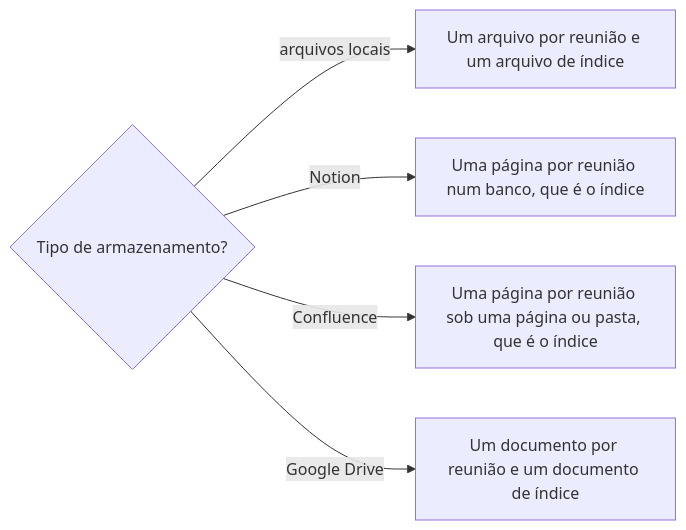
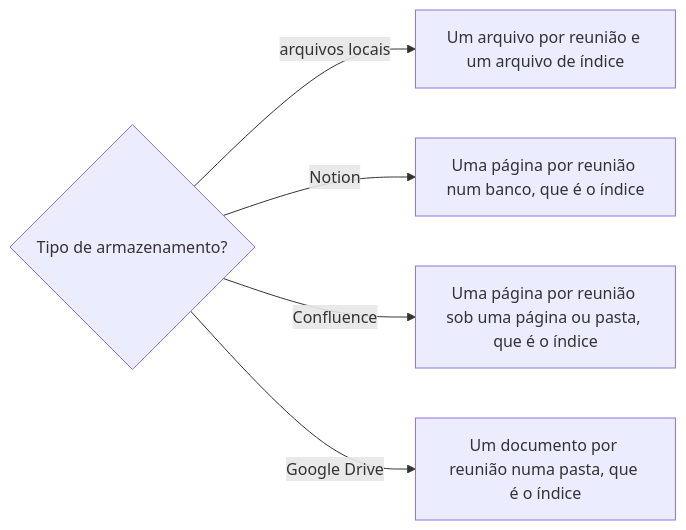
Before and after one commit to jimmyandrade/harness: the first of 2 diagrams in .agents/skills/definir-registro-de-reuniao/SKILL.md, drawn with Mermaid. The commit also changed other lines of this file and 1 other file, not shown here.

Commit message:
feat(definir-registro-de-reuniao): use the Drive folder as the index

````diff
--- a/.agents/skills/definir-registro-de-reuniao/SKILL.md
+++ b/.agents/skills/definir-registro-de-reuniao/SKILL.md
@@ -36,7 +36,7 @@
 ```mermaid
 flowchart LR
   T{Tipo de armazenamento?} -->|arquivos locais| A[Um arquivo por reunião e um arquivo de índice]
   T -->|Notion| N[Uma página por reunião num banco, que é o índice]
   T -->|Confluence| C[Uma página por reunião sob uma página ou pasta, que é o índice]
-  T -->|Google Drive| D[Um documento por reunião e um documento de índice]
+  T -->|Google Drive| D[Um documento por reunião numa pasta, que é o índice]
 ```
````
